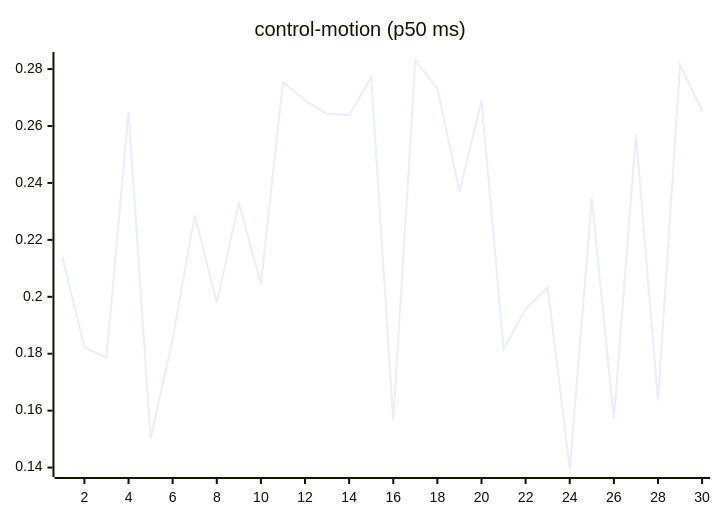
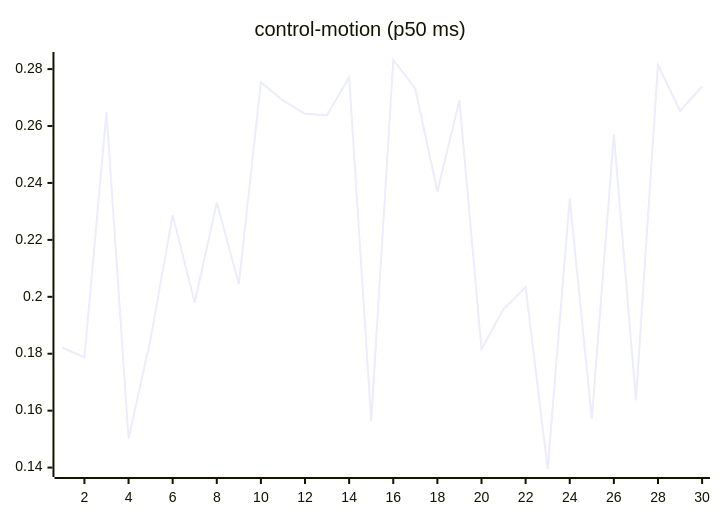
One commit to josha/Facet changed the seventh of 27 diagrams in README.md. Above: the diagram before and after it, drawn with Mermaid. The commit also changed other lines of this file and 2 other files, not shown here.

````diff
--- a/README.md
+++ b/README.md
@@ -105,6 +105,6 @@
 ```mermaid
 xychart-beta
     title "control-motion (p50 ms)"
     x-axis 1 --> 30
-    line [0.2139, 0.1822, 0.1787, 0.2649, 0.1502, 0.1852, 0.2287, 0.1979, 0.2331, 0.2045, 0.2754, 0.2690, 0.2643, 0.2638, 0.2771, 0.1563, 0.2832, 0.2731, 0.2370, 0.2690, 0.1816, 0.1957, 0.2034, 0.1395, 0.2345, 0.1571, 0.2571, 0.1636, 0.2815, 0.2653]
+    line [0.1822, 0.1787, 0.2649, 0.1502, 0.1852, 0.2287, 0.1979, 0.2331, 0.2045, 0.2754, 0.2690, 0.2643, 0.2638, 0.2771, 0.1563, 0.2832, 0.2731, 0.2370, 0.2690, 0.1816, 0.1957, 0.2034, 0.1395, 0.2345, 0.1571, 0.2571, 0.1636, 0.2815, 0.2653, 0.2739]
 ```
````
